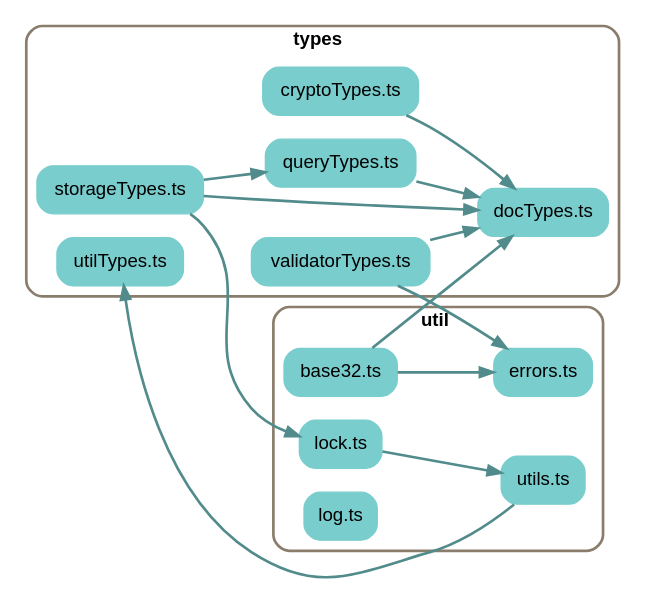
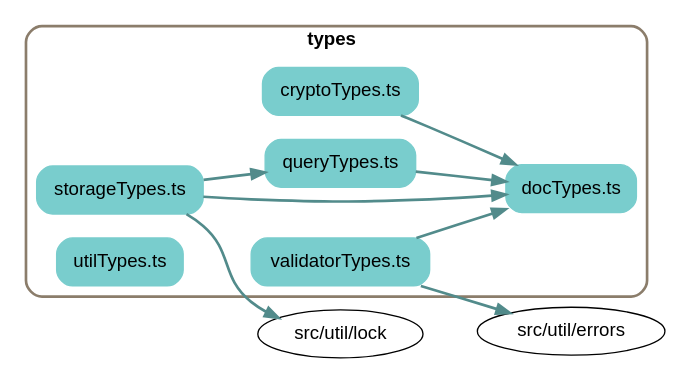
One commit to earthstar-project/earthstar changed the diagram in depchart/depchart-types.dot. Above: the diagram before and after it, drawn with Graphviz. The commit also changed 5 other files, not shown here.

```diff
--- a/depchart/depchart-types.dot
+++ b/depchart/depchart-types.dot
@@ -1,55 +1,38 @@
 
 digraph G {
     //splines=line;
     //splines=polyline;
     splines=true;
     rankdir=LR;
     //newrank=true;
     compound=true;
     graph [fontname = "helvetica"];  // dpi=72
     node [fontname = "helvetica"];
     edge [fontname = "helvetica"];
     
     // files in their folder clusters
 
-    subgraph cluster8521669135 {
+    subgraph cluster9440927136 {
         label=<<b>types</b>>;
         style="rounded";
         color=bisque4;
         penwidth=2;
                 
         "src/types/cryptoTypes.ts" [label="cryptoTypes.ts", shape=rectangle; style="rounded,filled"; color=darkslategray3];
         "src/types/docTypes.ts" [label="docTypes.ts", shape=rectangle; style="rounded,filled"; color=darkslategray3];
         "src/types/queryTypes.ts" [label="queryTypes.ts", shape=rectangle; style="rounded,filled"; color=darkslategray3];
         "src/types/storageTypes.ts" [label="storageTypes.ts", shape=rectangle; style="rounded,filled"; color=darkslategray3];
         "src/types/utilTypes.ts" [label="utilTypes.ts", shape=rectangle; style="rounded,filled"; color=darkslategray3];
         "src/types/validatorTypes.ts" [label="validatorTypes.ts", shape=rectangle; style="rounded,filled"; color=darkslategray3];
     }
 
-    subgraph cluster8191843671 {
-        label=<<b>util</b>>;
-        style="rounded";
-        color=bisque4;
-        penwidth=2;
-                
-        "src/util/base32.ts" [label="base32.ts", shape=rectangle; style="rounded,filled"; color=darkslategray3];
-        "src/util/errors.ts" [label="errors.ts", shape=rectangle; style="rounded,filled"; color=darkslategray3];
-        "src/util/lock.ts" [label="lock.ts", shape=rectangle; style="rounded,filled"; color=darkslategray3];
-        "src/util/log.ts" [label="log.ts", shape=rectangle; style="rounded,filled"; color=darkslategray3];
-        "src/util/utils.ts" [label="utils.ts", shape=rectangle; style="rounded,filled"; color=darkslategray3];
-    }
-
     // edges between files
     "src/types/cryptoTypes.ts" -> "src/types/docTypes.ts" [penwidth=2; color=darkslategray4];
     "src/types/queryTypes.ts" -> "src/types/docTypes.ts" [penwidth=2; color=darkslategray4];
     "src/types/storageTypes.ts" -> "src/types/docTypes.ts" [penwidth=2; color=darkslategray4];
     "src/types/storageTypes.ts" -> "src/types/queryTypes.ts" [penwidth=2; color=darkslategray4];
-    "src/types/storageTypes.ts" -> "src/util/lock.ts" [penwidth=2; color=darkslategray4];
+    "src/types/storageTypes.ts" -> "src/util/lock" [penwidth=2; color=darkslategray4];
     "src/types/validatorTypes.ts" -> "src/types/docTypes.ts" [penwidth=2; color=darkslategray4];
-    "src/types/validatorTypes.ts" -> "src/util/errors.ts" [penwidth=2; color=darkslategray4];
-    "src/util/base32.ts" -> "src/types/docTypes.ts" [penwidth=2; color=darkslategray4];
-    "src/util/base32.ts" -> "src/util/errors.ts" [penwidth=2; color=darkslategray4];
-    "src/util/lock.ts" -> "src/util/utils.ts" [penwidth=2; color=darkslategray4];
-    "src/util/utils.ts" -> "src/types/utilTypes.ts" [penwidth=2; color=darkslategray4];
+    "src/types/validatorTypes.ts" -> "src/util/errors" [penwidth=2; color=darkslategray4];
 
 }
```
